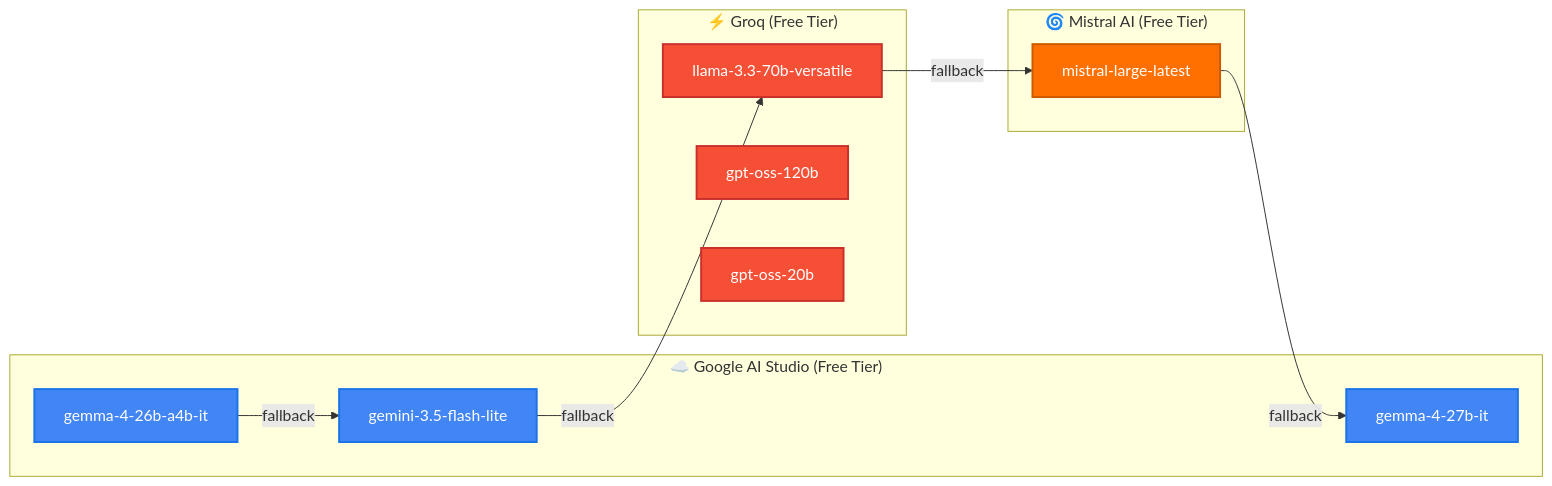
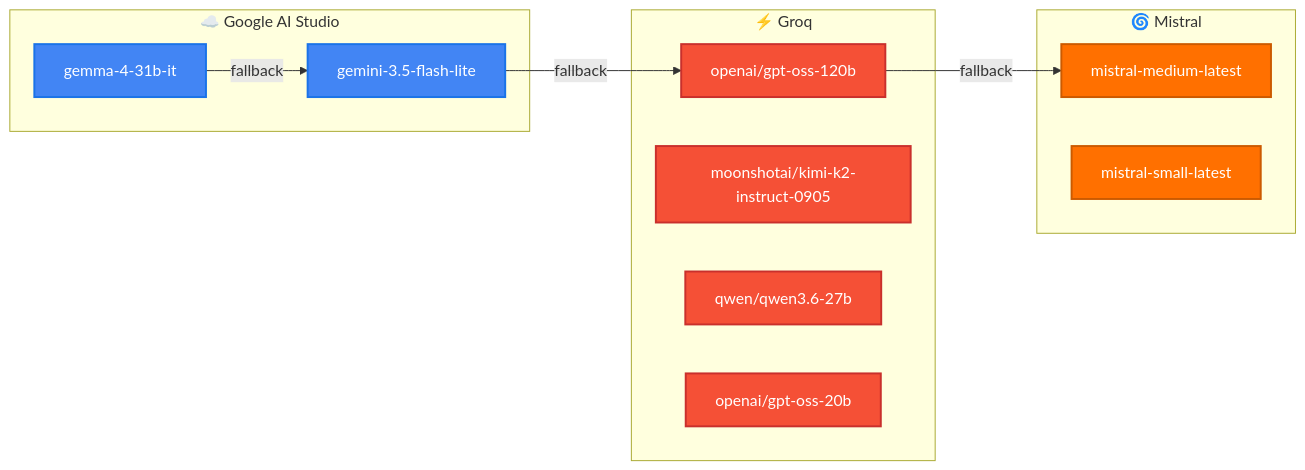
One commit to kvcops/JobHunterX changed the first of 3 diagrams in README.md. Above: the diagram before and after it, drawn with Mermaid. The commit also changed other lines of this file and 37 other files, not shown here.

````diff
--- a/README.md
+++ b/README.md
@@ -223,31 +235,25 @@
 ```mermaid
 graph LR
-    subgraph Google["☁️ Google AI Studio (Free Tier)"]
-        G1["gemma-4-26b-a4b-it"]
+    subgraph Google["☁️ Google AI Studio"]
+        G1["gemma-4-31b-it"]
         G2["gemini-3.5-flash-lite"]
-        G3["gemma-4-27b-it"]
     end
-
-    subgraph Groq["⚡ Groq (Free Tier)"]
-        GR1["llama-3.3-70b-versatile"]
-        GR2["gpt-oss-120b"]
-        GR3["gpt-oss-20b"]
+    subgraph Groq["⚡ Groq"]
+        GR1["openai/gpt-oss-120b"]
+        GR2["moonshotai/kimi-k2-instruct-0905"]
+        GR3["qwen/qwen3.6-27b"]
+        GR4["openai/gpt-oss-20b"]
     end
-
-    subgraph Mistral["🌀 Mistral AI (Free Tier)"]
-        M1["mistral-large-latest"]
+    subgraph Mistral["🌀 Mistral"]
+        M1["mistral-medium-latest"]
+        M2["mistral-small-latest"]
     end
-
-    G1 -->|fallback| G2
-    G2 -->|fallback| GR1
-    GR1 -->|fallback| M1
-    M1 -->|fallback| G3
+    G1 -->|fallback| G2 -->|fallback| GR1 -->|fallback| M1
 
     classDef google fill:#4285F4,stroke:#1a73e8,color:#fff,stroke-width:2px;
     classDef groq fill:#F55036,stroke:#c9302c,color:#fff,stroke-width:2px;
     classDef mistral fill:#FF7000,stroke:#cc5a00,color:#fff,stroke-width:2px;
-
-    class G1,G2,G3 google;
-    class GR1,GR2,GR3 groq;
-    class M1 mistral;
+    class G1,G2 google;
+    class GR1,GR2,GR3,GR4 groq;
+    class M1,M2 mistral;
 ```
````
